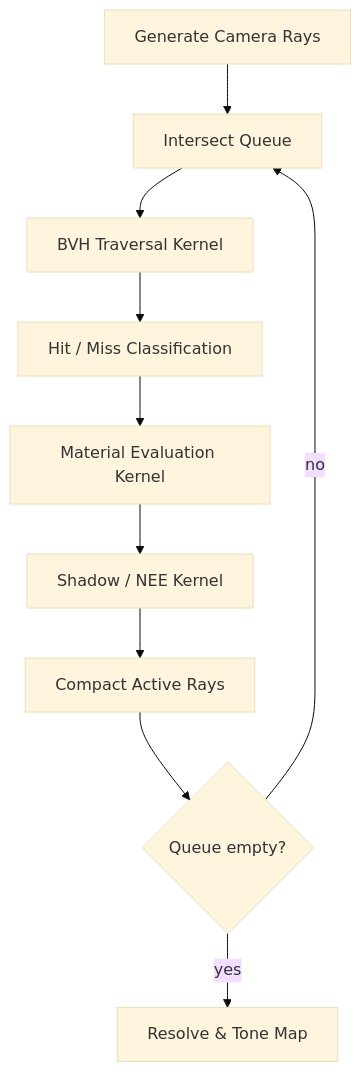
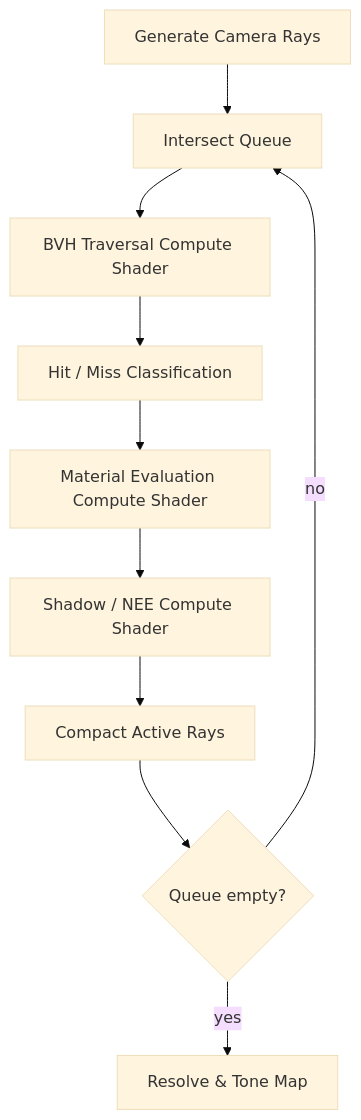
The first of 8 diagrams in chapters/15-wavefront-rendering-on-gpus.md (whyyoudodisjojo/pbrt-wgpu), drawn with Mermaid (base theme) before and after one commit. The commit also changed other lines of this file and 15 other files, not shown here.

````diff
--- a/chapters/15-wavefront-rendering-on-gpus.md
+++ b/chapters/15-wavefront-rendering-on-gpus.md
@@ -6,12 +79,12 @@
 ```mermaid
 flowchart TD
     A[Generate Camera Rays] --> B[Intersect Queue]
-    B --> C[BVH Traversal Kernel]
+    B --> C[BVH Traversal Compute Shader]
     C --> D[Hit / Miss Classification]
-    D --> E[Material Evaluation Kernel]
-    E --> F[Shadow / NEE Kernel]
+    D --> E[Material Evaluation Compute Shader]
+    E --> F[Shadow / NEE Compute Shader]
     F --> G[Compact Active Rays]
     G --> H{Queue empty?}
     H -- no --> B
     H -- yes --> I[Resolve & Tone Map]
 ```
````
